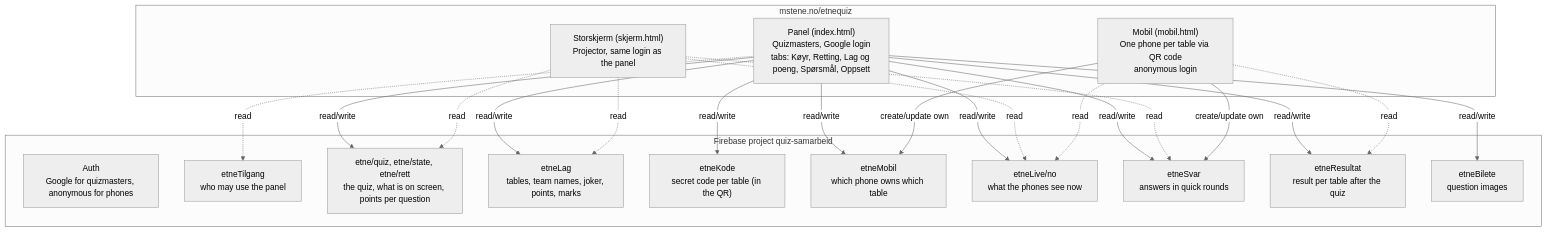
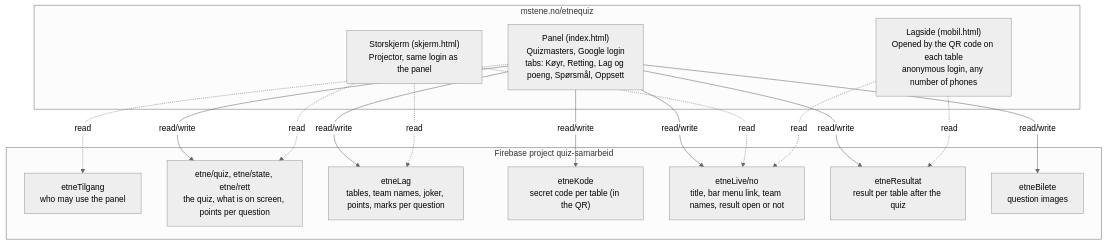
The first of 2 diagrams in _etnequiz/OVERVIEW.md (Mortey12/Mortey12.github.io), drawn with Mermaid (neutral theme) before and after one commit. The commit also changed other lines of this file, not shown here.

````diff
--- a/_etnequiz/OVERVIEW.md
+++ b/_etnequiz/OVERVIEW.md
@@ -21,25 +17,21 @@
 ```mermaid
 flowchart TB
   subgraph Site["mstene.no/etnequiz"]
     P["Panel (index.html)<br/>Quizmasters, Google login<br/>tabs: Køyr, Retting, Lag og poeng, Spørsmål, Oppsett"]
     S["Storskjerm (skjerm.html)<br/>Projector, same login as the panel"]
-    M["Mobil (mobil.html)<br/>One phone per table via QR code<br/>anonymous login"]
+    M["Lagside (mobil.html)<br/>Opened by the QR code on each table<br/>anonymous login, any number of phones"]
   end
   subgraph FB["Firebase project quiz-samarbeid"]
-    A["Auth<br/>Google for quizmasters, anonymous for phones"]
     T["etneTilgang<br/>who may use the panel"]
     Q["etne/quiz, etne/state, etne/rett<br/>the quiz, what is on screen, points per question"]
-    L["etneLag<br/>tables, team names, joker, points, marks"]
+    L["etneLag<br/>tables, team names, joker, points, marks per question"]
     K["etneKode<br/>secret code per table (in the QR)"]
-    MO["etneMobil<br/>which phone owns which table"]
-    LI["etneLive/no<br/>what the phones see now"]
-    SV["etneSvar<br/>answers in quick rounds"]
+    LI["etneLive/no<br/>title, bar menu link, team names, result open or not"]
     R["etneResultat<br/>result per table after the quiz"]
     B["etneBilete<br/>question images"]
   end
-  P -- read/write --> Q & L & K & MO & LI & SV & R & B
+  P -- read/write --> Q & L & K & LI & R & B
   P -. read .-> T
-  S -. read .-> Q & L & LI & SV
-  M -- create/update own --> MO & SV
+  S -. read .-> Q & L & LI
   M -. read .-> LI & R
 ```
````
